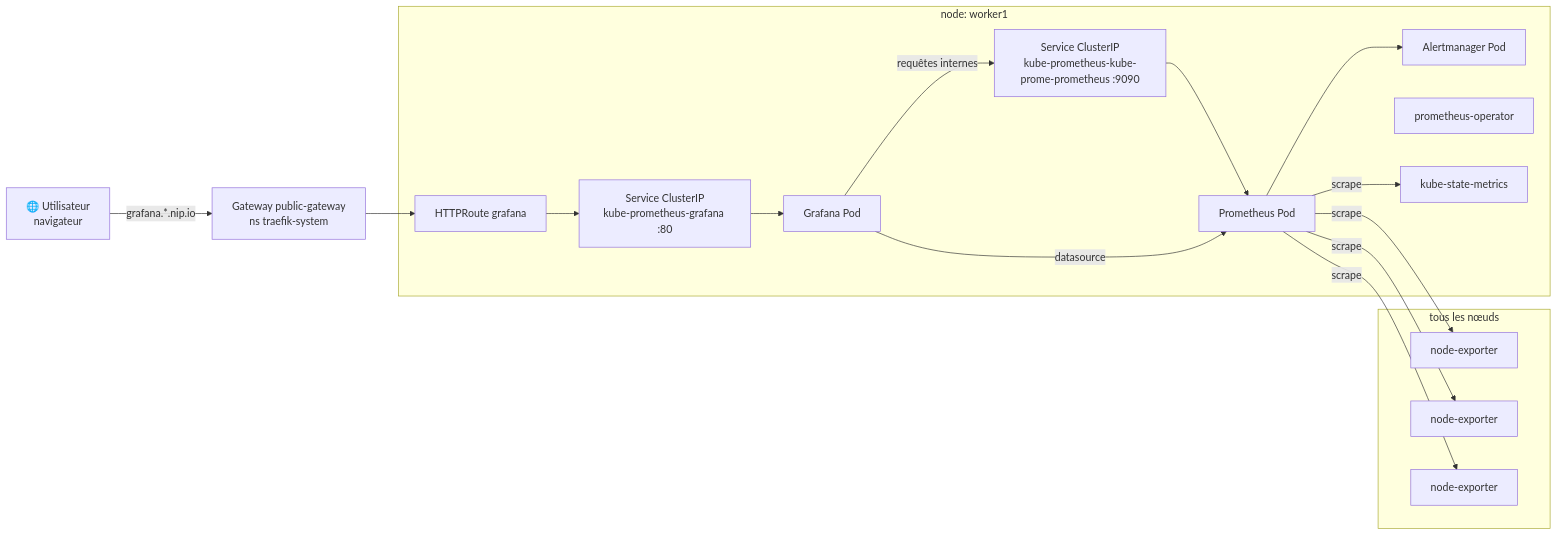
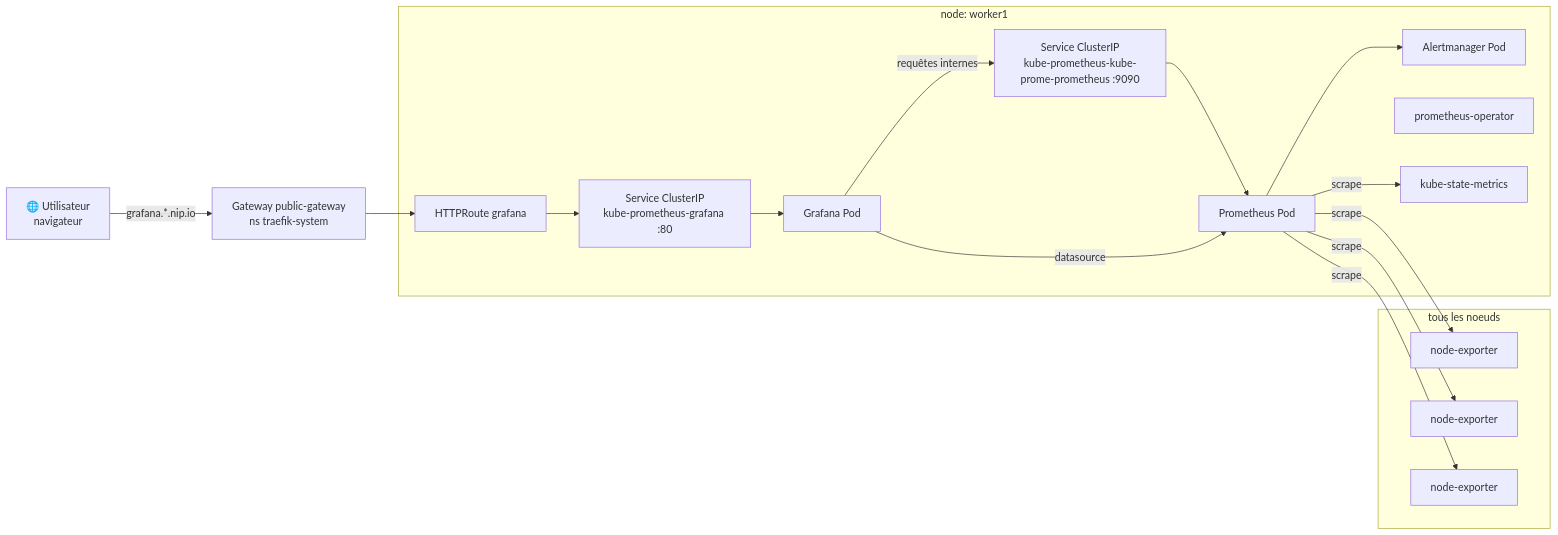
Before and after one commit to PikPakPik/T-CLO-902-NAN_1: the diagram in docs/monitoring.md, drawn with Mermaid. The commit also changed other lines of this file and 29 other files, not shown here.

````diff
--- a/docs/monitoring.md
+++ b/docs/monitoring.md
@@ -7,30 +7,30 @@
 ```mermaid
 flowchart LR
     user[🌐 Utilisateur\nnavigateur] -->|grafana.*.nip.io| gw
     gw[Gateway public-gateway\nns traefik-system] --> grafanaRoute[HTTPRoute grafana]
 
     subgraph worker1[node: worker1]
         grafanaSvc[Service ClusterIP\nkube-prometheus-grafana :80]
         promSvc[Service ClusterIP\nkube-prometheus-kube-prome-prometheus :9090]
         grafana[Grafana Pod]
         prom[Prometheus Pod]
         alert[Alertmanager Pod]
         operator[prometheus-operator]
         ksm[kube-state-metrics]
         grafanaRoute --> grafanaSvc --> grafana
         grafana -->|requêtes internes| promSvc --> prom
     end
 
-    subgraph allNodes[tous les nœuds]
+    subgraph allNodes[tous les noeuds]
         ne1[node-exporter]
         ne2[node-exporter]
         ne3[node-exporter]
     end
 
     prom -->|scrape| ne1
     prom -->|scrape| ne2
     prom -->|scrape| ne3
     prom -->|scrape| ksm
     grafana -->|datasource| prom
     prom --> alert
 ```
````
